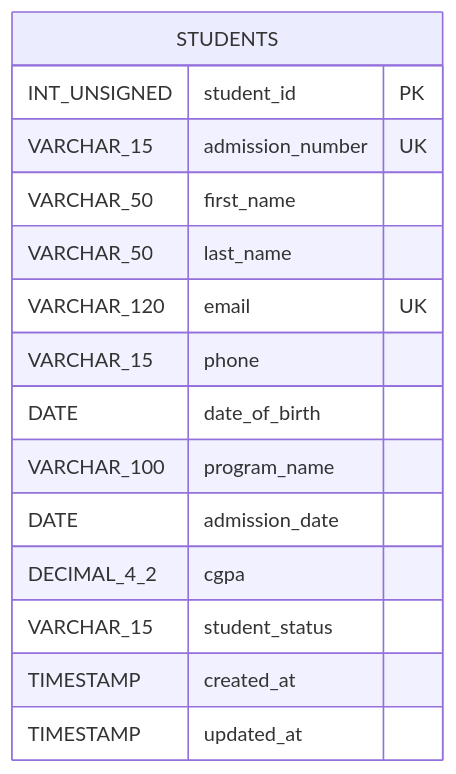
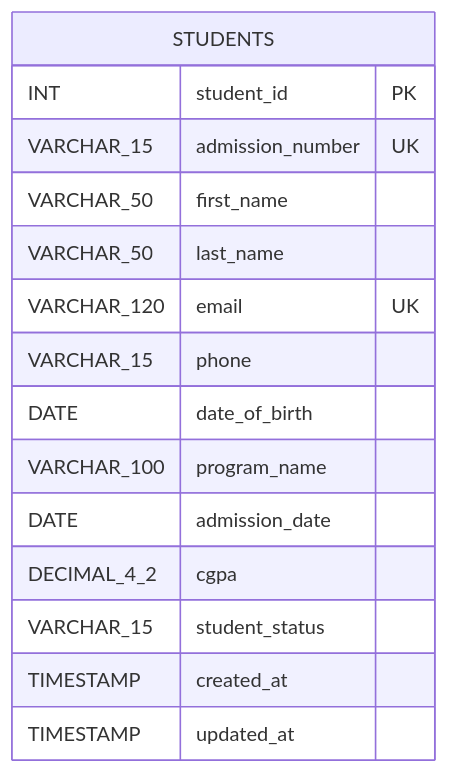
Before and after one commit to arvind-codegnan/cdg-hyd-jfs-058: the second of 20 diagrams in sql-exercises-part-1.md, drawn with Mermaid. The commit also changed other lines of this file, not shown here.

````diff
--- a/sql-exercises-part-1.md
+++ b/sql-exercises-part-1.md
@@ -72,18 +72,18 @@
 ```mermaid
 erDiagram
     STUDENTS {
-        INT_UNSIGNED student_id PK
+        INT student_id PK
         VARCHAR_15 admission_number UK
         VARCHAR_50 first_name
         VARCHAR_50 last_name
         VARCHAR_120 email UK
         VARCHAR_15 phone
         DATE date_of_birth
         VARCHAR_100 program_name
         DATE admission_date
         DECIMAL_4_2 cgpa
         VARCHAR_15 student_status
         TIMESTAMP created_at
         TIMESTAMP updated_at
     }
 ```
````
